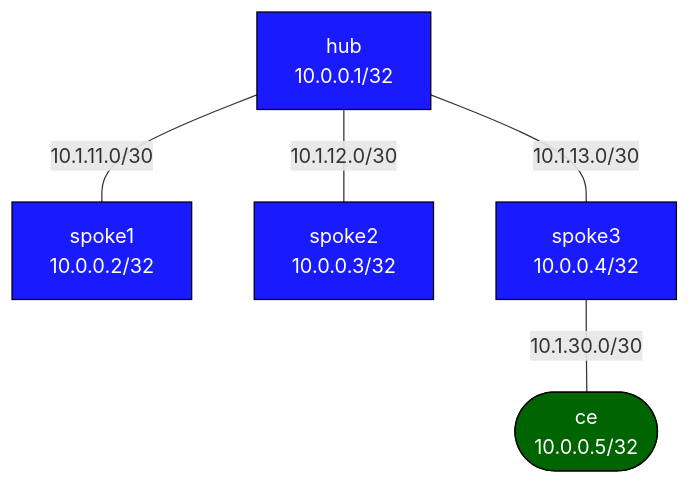
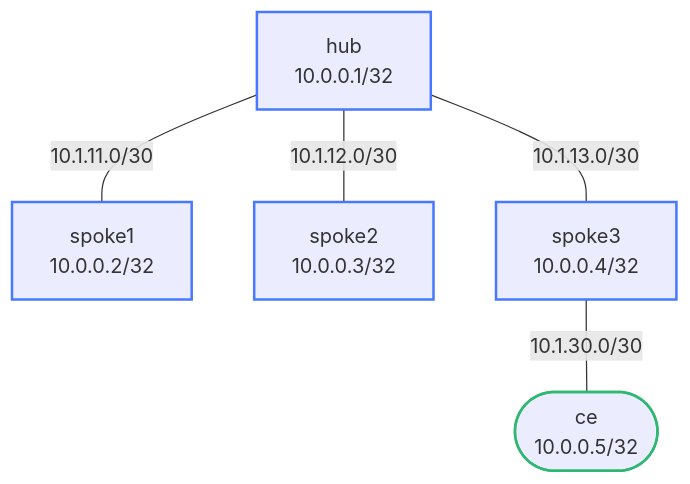
One commit to jschless/networkingLabs changed the diagram in labs/eigrp-stub/README.md. Above: the diagram before and after it, drawn with Mermaid. The commit also changed 250 other files, not shown here.

Commit message:
Fix unreadable topology diagrams, convert ASCII art, publish assessments (#57)

````diff
--- a/labs/eigrp-stub/README.md
+++ b/labs/eigrp-stub/README.md
@@ -12,18 +12,18 @@
 ```mermaid
 flowchart TB
-    hub["hub\n10.0.0.1/32"]
-    spoke1["spoke1\n10.0.0.2/32"]
-    spoke2["spoke2\n10.0.0.3/32"]
-    spoke3["spoke3\n10.0.0.4/32"]
-    ce(["ce\n10.0.0.5/32"])
+    hub["hub<br/>10.0.0.1/32"]
+    spoke1["spoke1<br/>10.0.0.2/32"]
+    spoke2["spoke2<br/>10.0.0.3/32"]
+    spoke3["spoke3<br/>10.0.0.4/32"]
+    ce(["ce<br/>10.0.0.5/32"])
 
     hub -- "10.1.11.0/30" --- spoke1
     hub -- "10.1.12.0/30" --- spoke2
     hub -- "10.1.13.0/30" --- spoke3
     spoke3 -- "10.1.30.0/30" --- ce
 
-    classDef router fill:#1a1aff,color:#fff,stroke:#000
-    classDef ce     fill:#006400,color:#fff,stroke:#000
+    classDef router stroke:#4778ff,stroke-width:2px
+    classDef ce stroke:#2eb872,stroke-width:2px
     class hub,spoke1,spoke2,spoke3 router
     class ce ce
 ```
````
